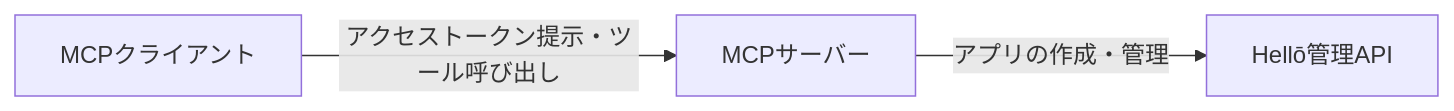
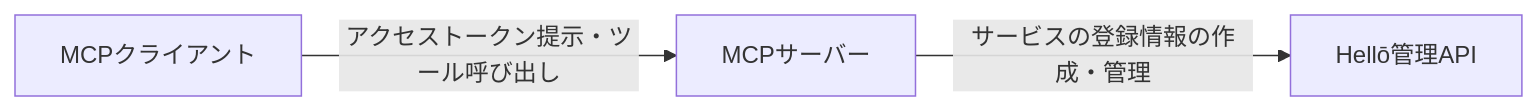
One commit to futabato/aauth-lab changed the first of 3 diagrams in docs/blog/draft.md. Above: the diagram before and after it, drawn with Mermaid.

Commit message:
docs(blog): align Hellō diagram label with service registration

````diff
--- a/docs/blog/draft.md
+++ b/docs/blog/draft.md
@@ -89,8 +89,8 @@
 ```mermaid
 flowchart LR
     C["MCPクライアント"]
     S["MCPサーバー"]
     API["Hellō管理API"]
     C -->|"アクセストークン提示・ツール呼び出し"| S
-    S -->|"アプリの作成・管理"| API
+    S -->|"サービスの登録情報の作成・管理"| API
 ```
````
